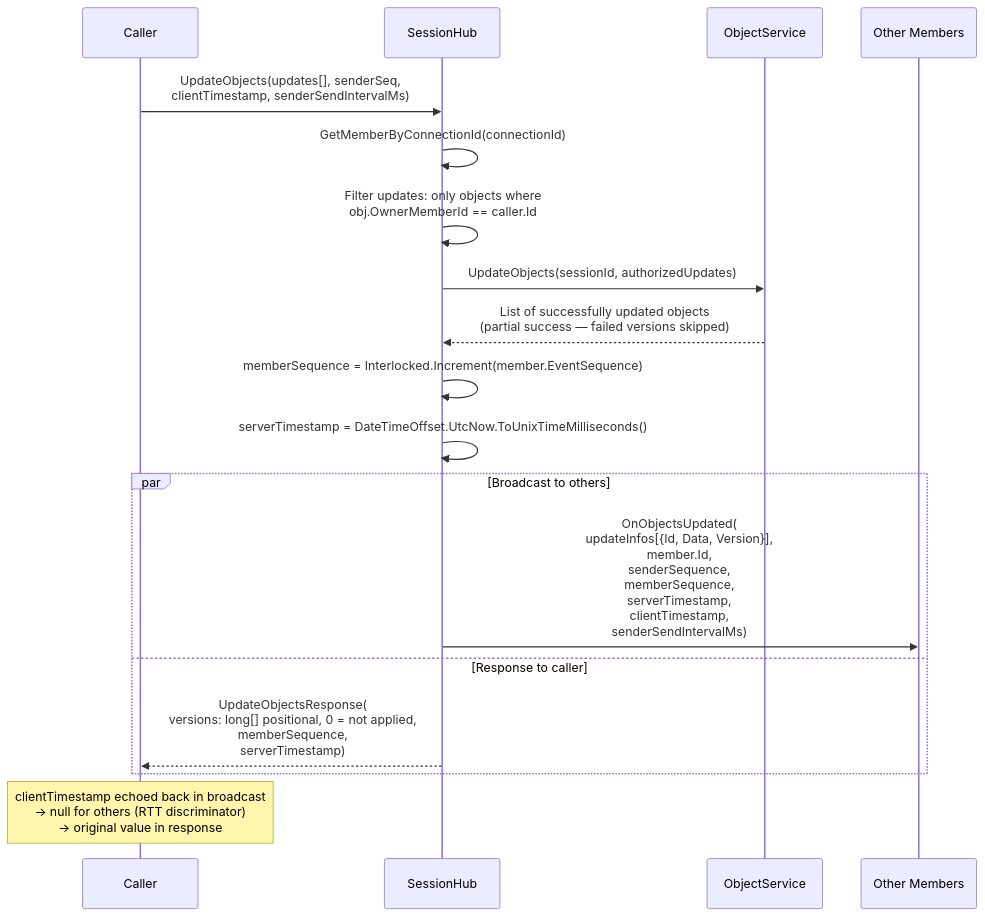
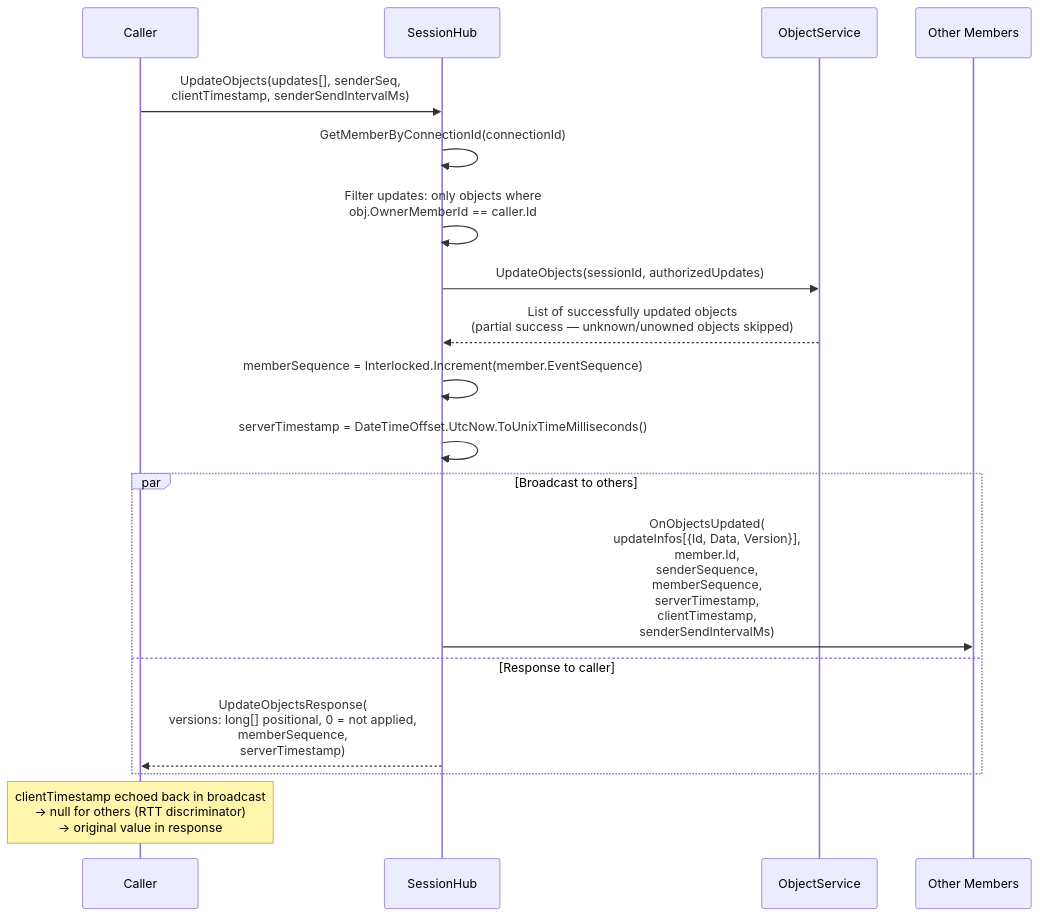
Diagram 12 of 36 in ARCHITECTURE.md (badvoidstar/astervoids), drawn with Mermaid before and after one commit. The commit also changed other lines of this file and 41 other files, not shown here.

````diff
--- a/ARCHITECTURE.md
+++ b/ARCHITECTURE.md
@@ -860,23 +888,23 @@
 ```mermaid
 sequenceDiagram
     participant C as Caller
     participant HUB as SessionHub
     participant OS as ObjectService
     participant OTH as Other Members
 
     C->>HUB: UpdateObjects(updates[], senderSeq,<br/>clientTimestamp, senderSendIntervalMs)
     HUB->>HUB: GetMemberByConnectionId(connectionId)
     HUB->>HUB: Filter updates: only objects where<br/>obj.OwnerMemberId == caller.Id
     HUB->>OS: UpdateObjects(sessionId, authorizedUpdates)
-    OS-->>HUB: List of successfully updated objects<br/>(partial success — failed versions skipped)
+    OS-->>HUB: List of successfully updated objects<br/>(partial success — unknown/unowned objects skipped)
     HUB->>HUB: memberSequence = Interlocked.Increment(member.EventSequence)
     HUB->>HUB: serverTimestamp = DateTimeOffset.UtcNow.ToUnixTimeMilliseconds()
 
     par Broadcast to others
         HUB->>OTH: OnObjectsUpdated(<br/>  updateInfos[{Id, Data, Version}],<br/>  member.Id,<br/>  senderSequence,<br/>  memberSequence,<br/>  serverTimestamp,<br/>  clientTimestamp,<br/>  senderSendIntervalMs)
     and Response to caller
         HUB-->>C: UpdateObjectsResponse(<br/>  versions: long[] positional, 0 = not applied,<br/>  memberSequence,<br/>  serverTimestamp)
     end
 
     Note over C: clientTimestamp echoed back in broadcast<br/>→ null for others (RTT discriminator)<br/>→ original value in response
 ```
````
